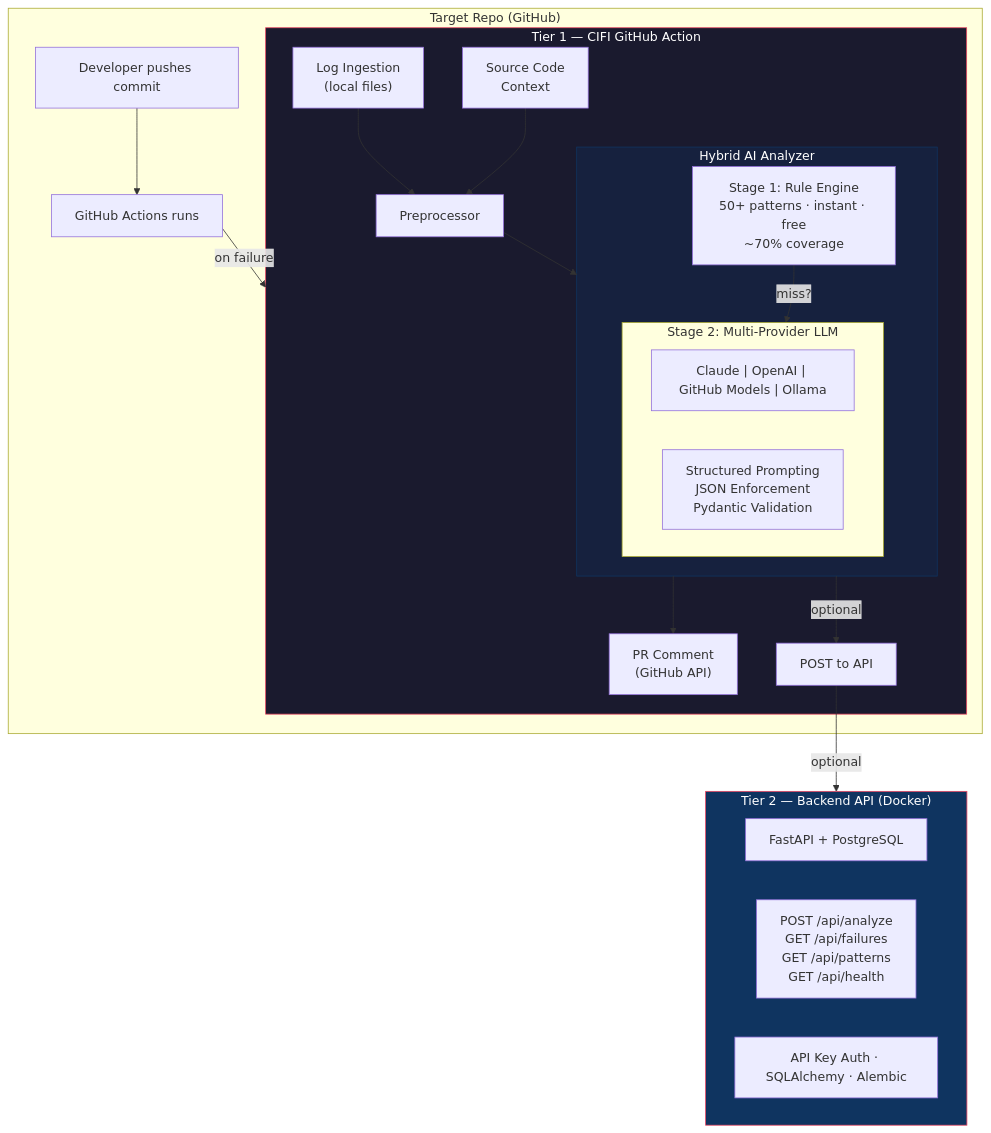
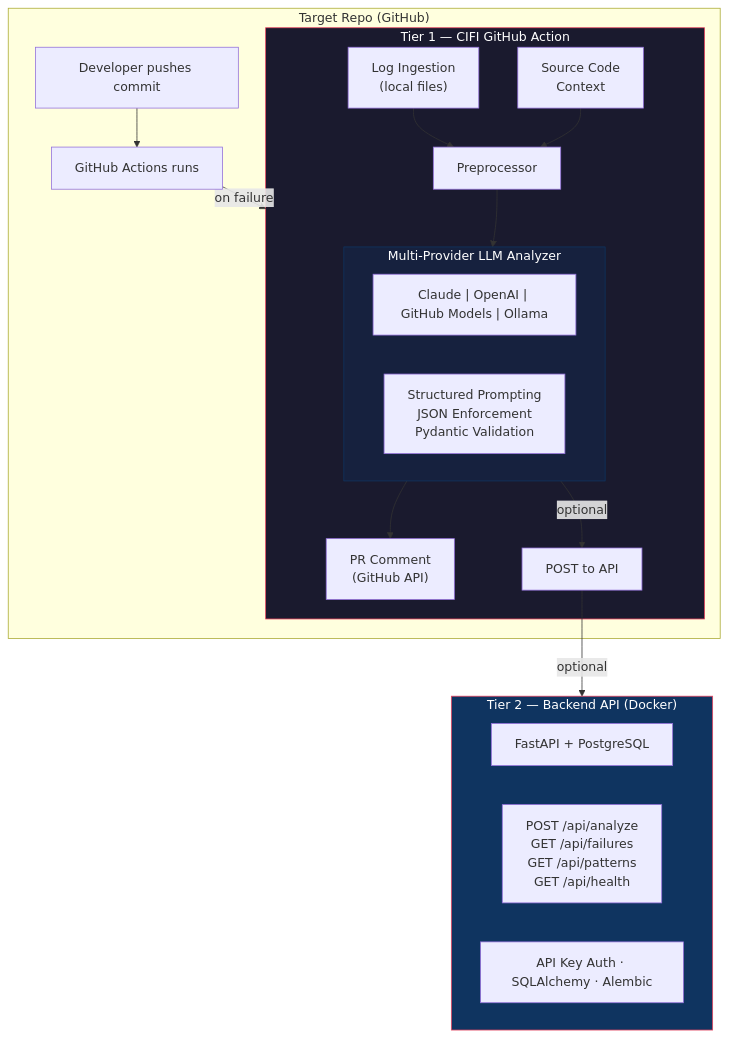
One commit to alihaidar2950/cifi changed the first of 3 diagrams in README.md. Above: the diagram before and after it, drawn with Mermaid. The commit also changed other lines of this file and 18 other files, not shown here.

````diff
--- a/README.md
+++ b/README.md
@@ -37,38 +37,33 @@
 ```mermaid
 flowchart TB
     subgraph repo["Target Repo (GitHub)"]
         push["Developer pushes commit"] --> ci["GitHub Actions runs"]
         ci -->|on failure| action
 
         subgraph action["Tier 1 — CIFI GitHub Action"]
             ingest["Log Ingestion\n(local files)"] --> preprocess["Preprocessor"]
             source["Source Code\nContext"] --> preprocess
-            preprocess --> hybrid
+            preprocess --> llm
 
-            subgraph hybrid["Hybrid AI Analyzer"]
-                rules["Stage 1: Rule Engine\n50+ patterns · instant · free\n~70% coverage"]
-                rules -->|miss?| llm
-
-                subgraph llm["Stage 2: Multi-Provider LLM"]
-                    providers["Claude | OpenAI | GitHub Models | Ollama"]
-                    prompt["Structured Prompting\nJSON Enforcement\nPydantic Validation"]
-                end
+            subgraph llm["Multi-Provider LLM Analyzer"]
+                providers["Claude | OpenAI | GitHub Models | Ollama"]
+                prompt["Structured Prompting\nJSON Enforcement\nPydantic Validation"]
             end
 
-            hybrid --> comment["PR Comment\n(GitHub API)"]
-            hybrid -->|optional| api_post["POST to API"]
+            llm --> comment["PR Comment\n(GitHub API)"]
+            llm -->|optional| api_post["POST to API"]
         end
     end
 
     api_post -->|optional| tier2
 
     subgraph tier2["Tier 2 — Backend API (Docker)"]
         fastapi["FastAPI + PostgreSQL"]
         endpoints["POST /api/analyze\nGET /api/failures\nGET /api/patterns\nGET /api/health"]
         auth["API Key Auth · SQLAlchemy · Alembic"]
     end
 
     style action fill:#1a1a2e,stroke:#e94560,color:#fff
-    style hybrid fill:#16213e,stroke:#0f3460,color:#fff
+    style llm fill:#16213e,stroke:#0f3460,color:#fff
     style tier2 fill:#0f3460,stroke:#e94560,color:#fff
 ```
````
